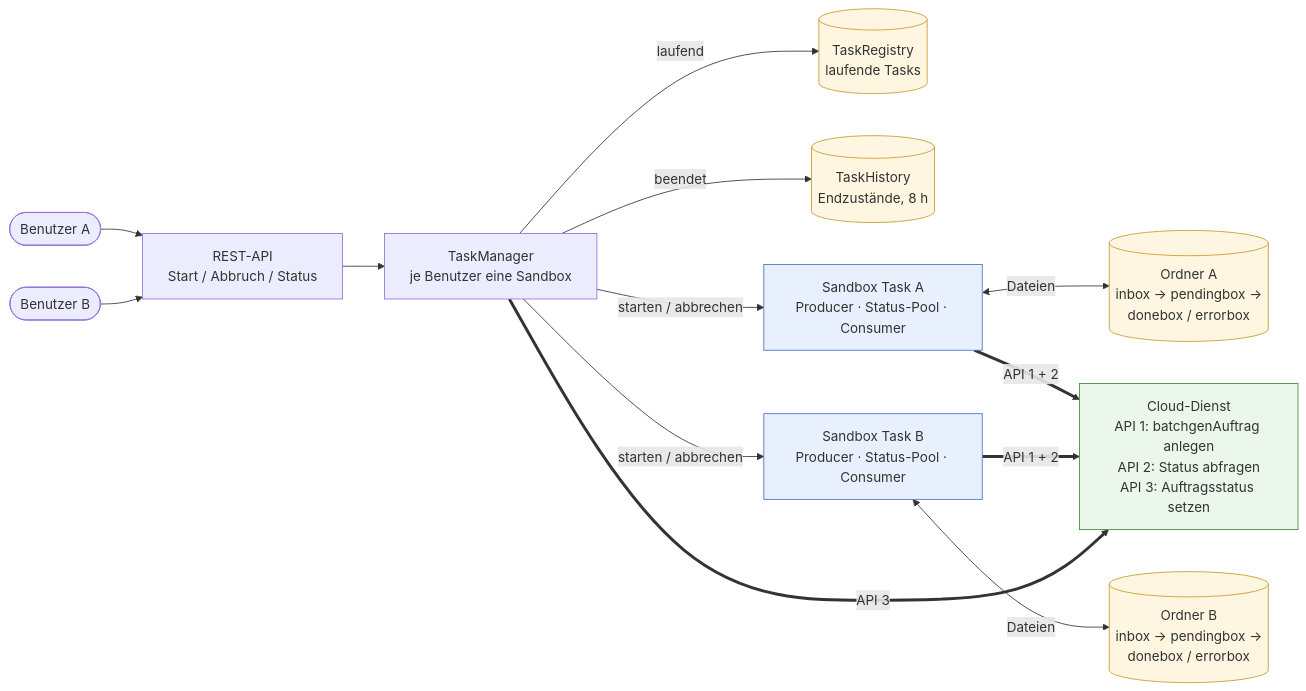
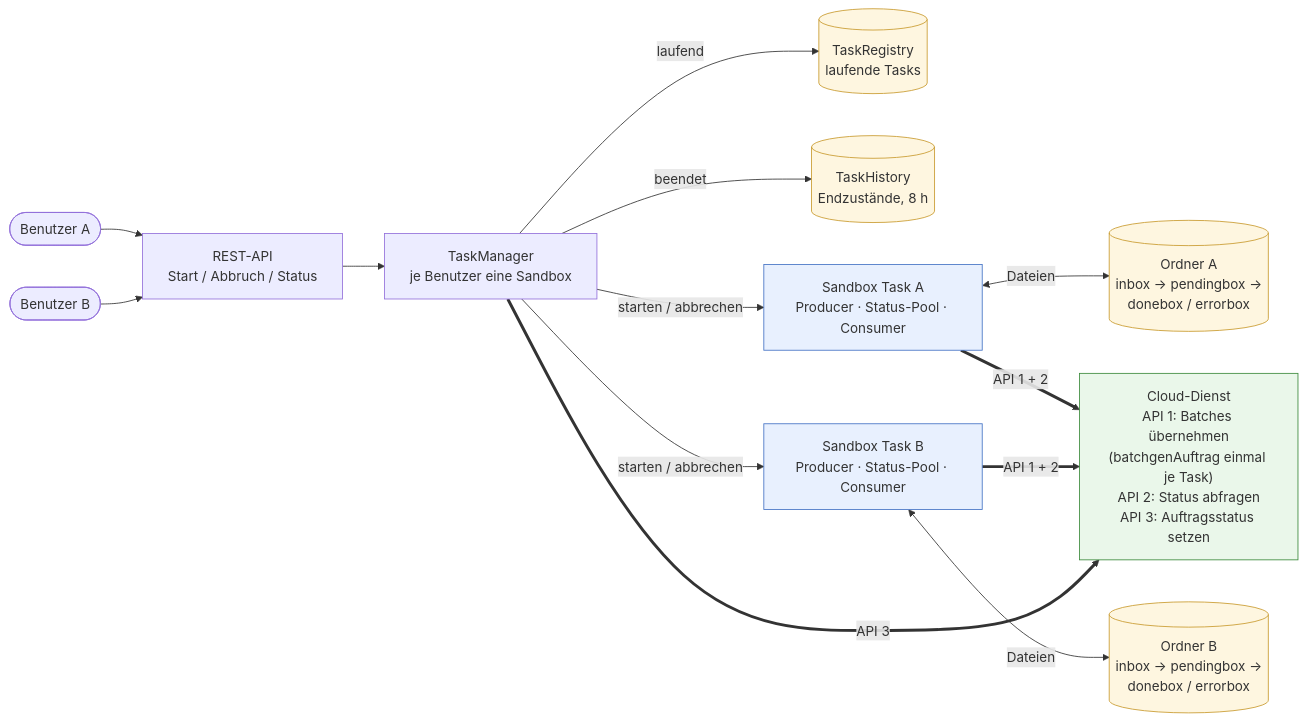
One commit to wwsstl/asynchrone-anwendungsarchitektur changed the diagram in docs/architect/anwendungsarchitektur_user.mmd. Above: the diagram before and after it, drawn with Mermaid. The commit also changed 4 other files, not shown here.

```diff
--- a/docs/architect/anwendungsarchitektur_user.mmd
+++ b/docs/architect/anwendungsarchitektur_user.mmd
@@ -1,40 +1,40 @@
 flowchart LR
 
     %% Anwendungsarchitektur mit Benutzer A und B (vereinfacht), Stand funktionsweise_sequenz.md
 
     UserA(["Benutzer A"])
     UserB(["Benutzer B"])
 
     API["REST-API<br/>Start / Abbruch / Status"]
     TM["TaskManager<br/>je Benutzer eine Sandbox"]
     Reg[("TaskRegistry<br/>laufende Tasks")]
     Hist[("TaskHistory<br/>Endzustände, 8 h")]
 
     SA["Sandbox Task A<br/>Producer · Status-Pool · Consumer"]
     SB["Sandbox Task B<br/>Producer · Status-Pool · Consumer"]
 
     OA[("Ordner A<br/>inbox → pendingbox →<br/>donebox / errorbox")]
     OB[("Ordner B<br/>inbox → pendingbox →<br/>donebox / errorbox")]
 
-    Cloud["Cloud-Dienst<br/>API 1: batchgenAuftrag anlegen<br/>API 2: Status abfragen<br/>API 3: Auftragsstatus setzen"]
+    Cloud["Cloud-Dienst<br/>API 1: Batches übernehmen<br/>(batchgenAuftrag einmal je Task)<br/>API 2: Status abfragen<br/>API 3: Auftragsstatus setzen"]
 
     UserA --> API
     UserB --> API
     API --> TM
     TM -->|"laufend"| Reg
     TM -->|"beendet"| Hist
     TM -->|"starten / abbrechen"| SA
     TM -->|"starten / abbrechen"| SB
     SA <-->|"Dateien"| OA
     SB <-->|"Dateien"| OB
     SA ==>|"API 1 + 2"| Cloud
     SB ==>|"API 1 + 2"| Cloud
     TM ==>|"API 3"| Cloud
 
     classDef thread fill:#e8f0fe,stroke:#4472c4,stroke-width:1px;
     classDef store fill:#fef6e0,stroke:#c99a2e,stroke-width:1px;
     classDef external fill:#eaf7ea,stroke:#3c8a3c,stroke-width:1px;
 
     class SA,SB thread;
     class Reg,Hist,OA,OB store;
     class Cloud external;
```
